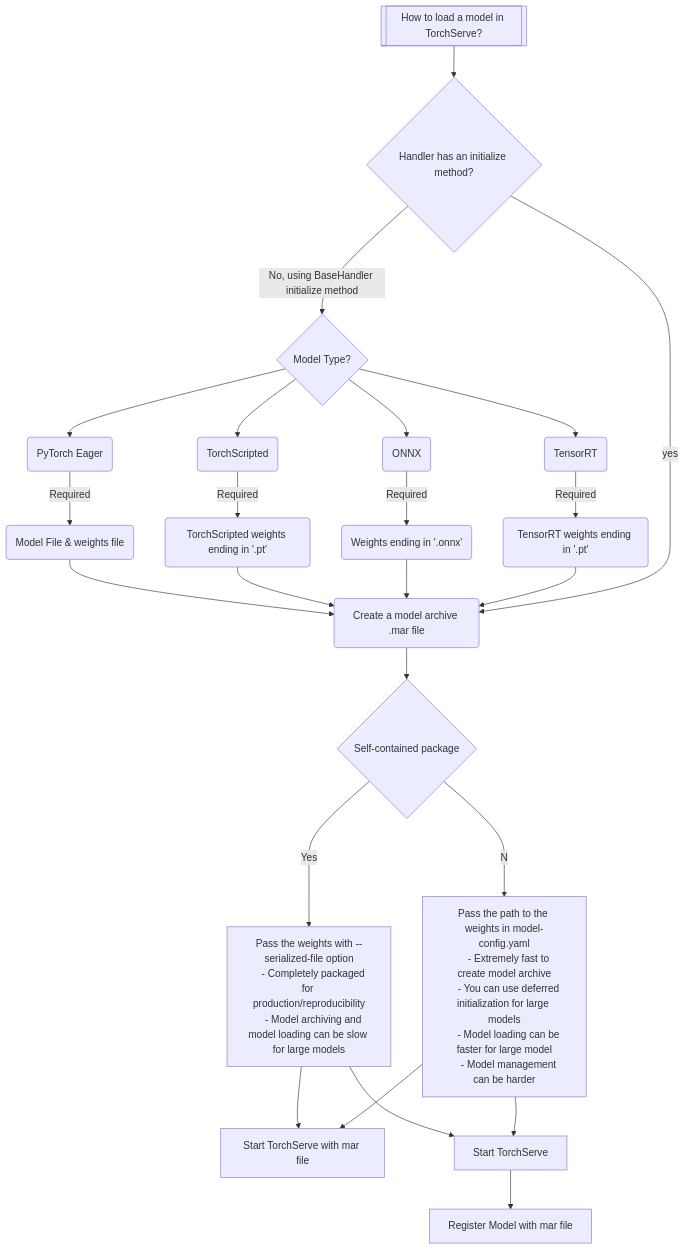
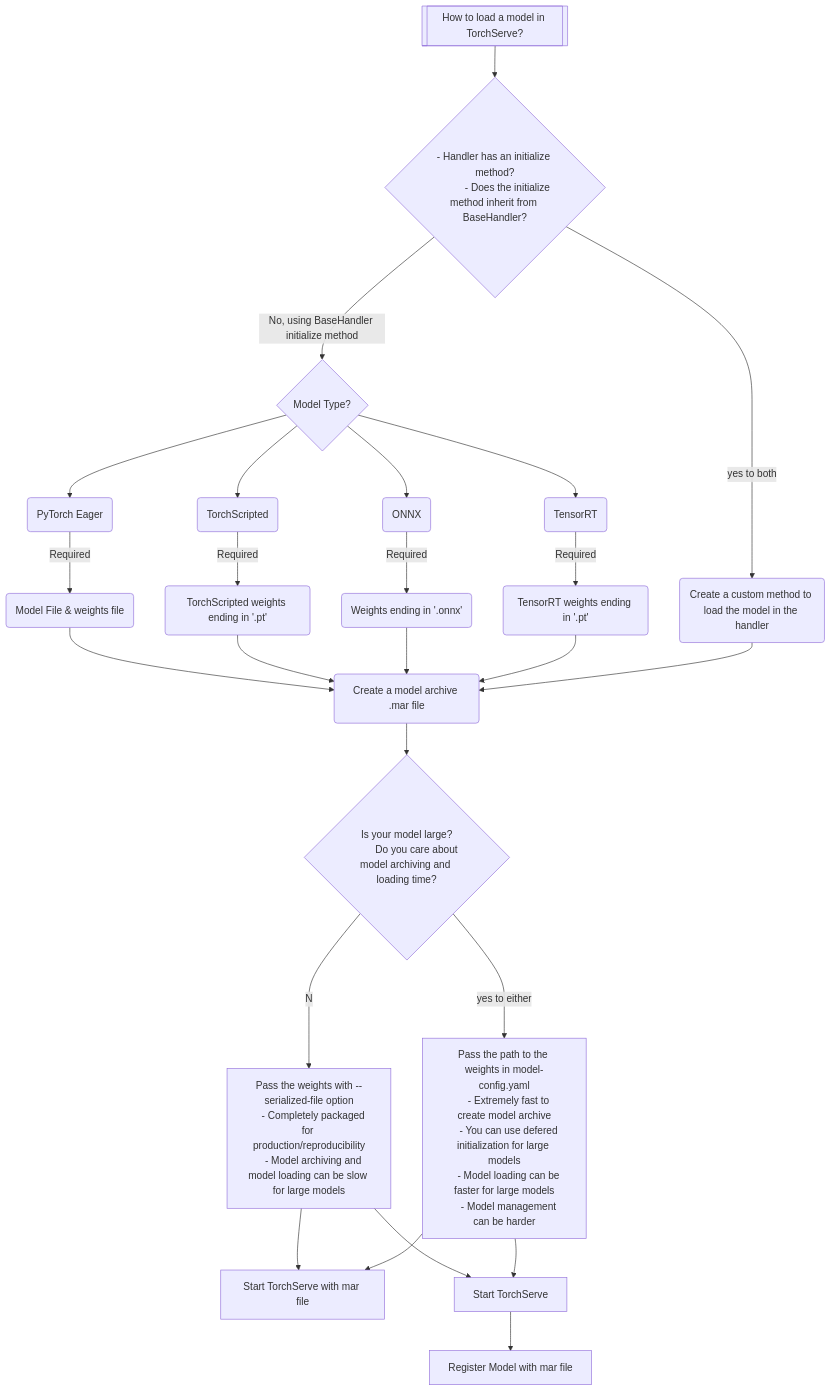
One commit to pytorch/serve changed the diagram in docs/model_loading.md. Above: the diagram before and after it, drawn with Mermaid. The commit also changed other lines of this file, not shown here.

Commit message:
Based on feedback

````diff
--- a/docs/model_loading.md
+++ b/docs/model_loading.md
@@ -5,24 +6,30 @@
 ```mermaid
 flowchart TD
     id1[[How to load a model in TorchServe?]] --> id13{Handler has an initialize method?}
-    id13{Handler has an initialize method?} -- No, using BaseHandler initialize method --> id2{Model Type?} --> id3(PyTorch Eager)  & id4(TorchScripted) & id5(ONNX) & id6(TensorRT)
+    id13{"- Handler has an initialize method?
+          - Does the initialize method inherit from BaseHandler?"} -- No, using BaseHandler initialize method --> id2{Model Type?} --> id3(PyTorch Eager)  & id4(TorchScripted) & id5(ONNX) & id6(TensorRT)
     id3(PyTorch Eager) --Required--> id7(Model File & weights file)
     id4(TorchScripted) --Required--> id8(TorchScripted weights ending in '.pt')
-    id5(ONNX) --Required--> id9(Weights ending in '.onnx')
+    id5(ONNX) --Required --> id9(Weights ending in '.onnx')
     id6(TensorRT) --Required--> id10(TensorRT weights ending in '.pt')
     id7(Model File & weights file) & id8(TorchScripted weights ending in '.pt') &  id9(Weights ending in '.onnx') & id10(TensorRT weights ending in '.pt') --> id11(Created a model archive .mar file)
-    id13{Handler has an initialize method?} -- yes --> id11(Create a model archive .mar file)
+    id13{"- Handler has an initialize method?
+          - Does the initialize method inherit from BaseHandler?"} -- yes to both --> id20(Create a custom method to load the model in the handler) --> id11(Create a model archive .mar file)
     id15["Pass the weights with --serialized-file option
     - Completely packaged for production/reproducibility
     - Model archiving and model loading can be slow for large models"]
     id16["Pass the path to the weights in model-config.yaml
     - Extremely fast to create model archive
-    - You can use deferred initialization for large models
-    - Model loading can be faster for large model
+    - You can use defered initialization for large models
+    - Model loading can be faster for large models
     - Model management can be harder"]
-	id11(Create a model archive .mar file) --> id14{Self-contained package} --Yes--> id15
-	id14{Self-contained package} --No--> id16
+	id11(Create a model archive .mar file) --> id14{"Is your model large?
+	Do you care about model archiving and loading time?"} --No--> id15
+	id14{"Is your model large?
+	Do you care about model archiving and loading time?"} --yes to either--> id16
 	id15 & id16 --> id17[Start TorchServe with mar file]
 	id15 & id16 --> id18[Start TorchServe] --> id19[Register Model with mar file]
 
+
+
 ```
````
